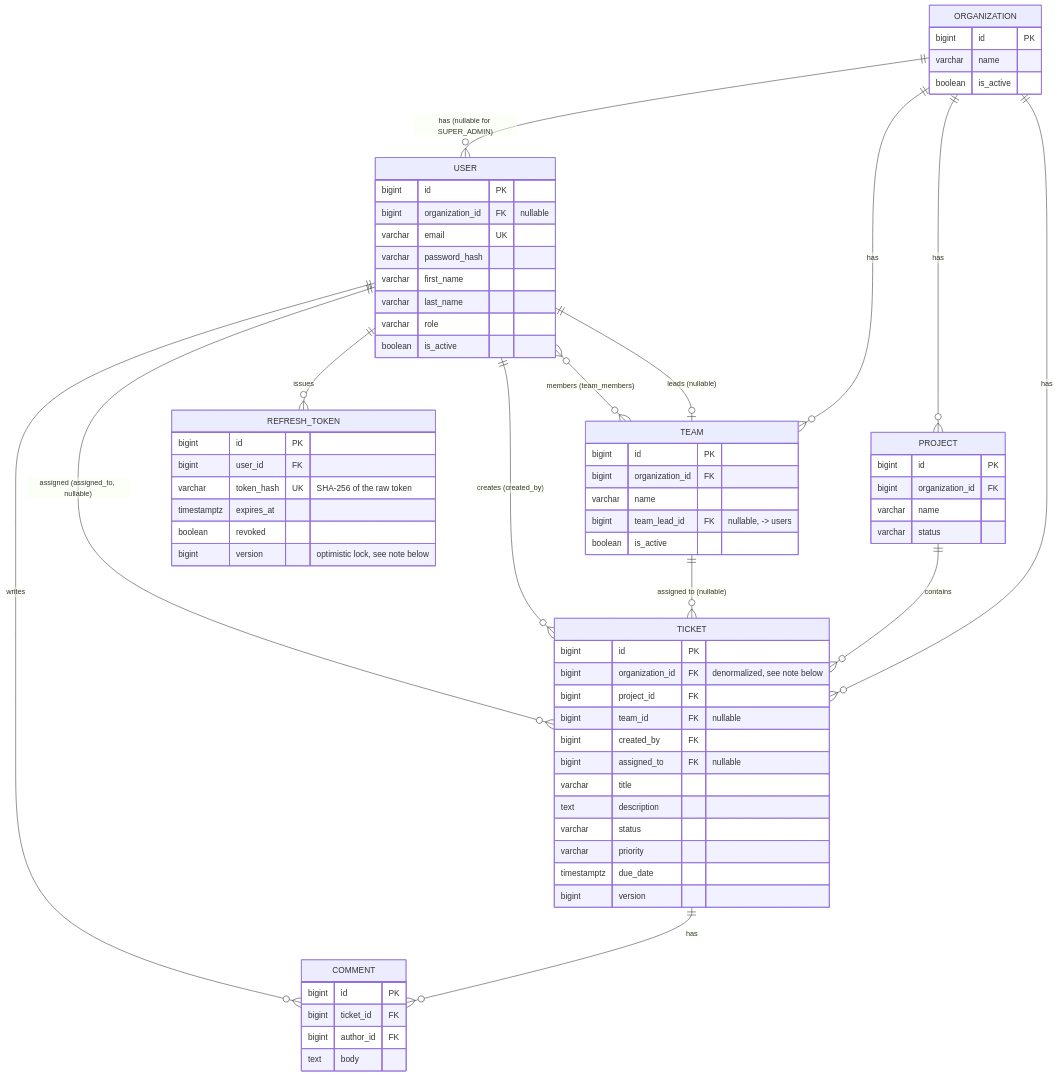
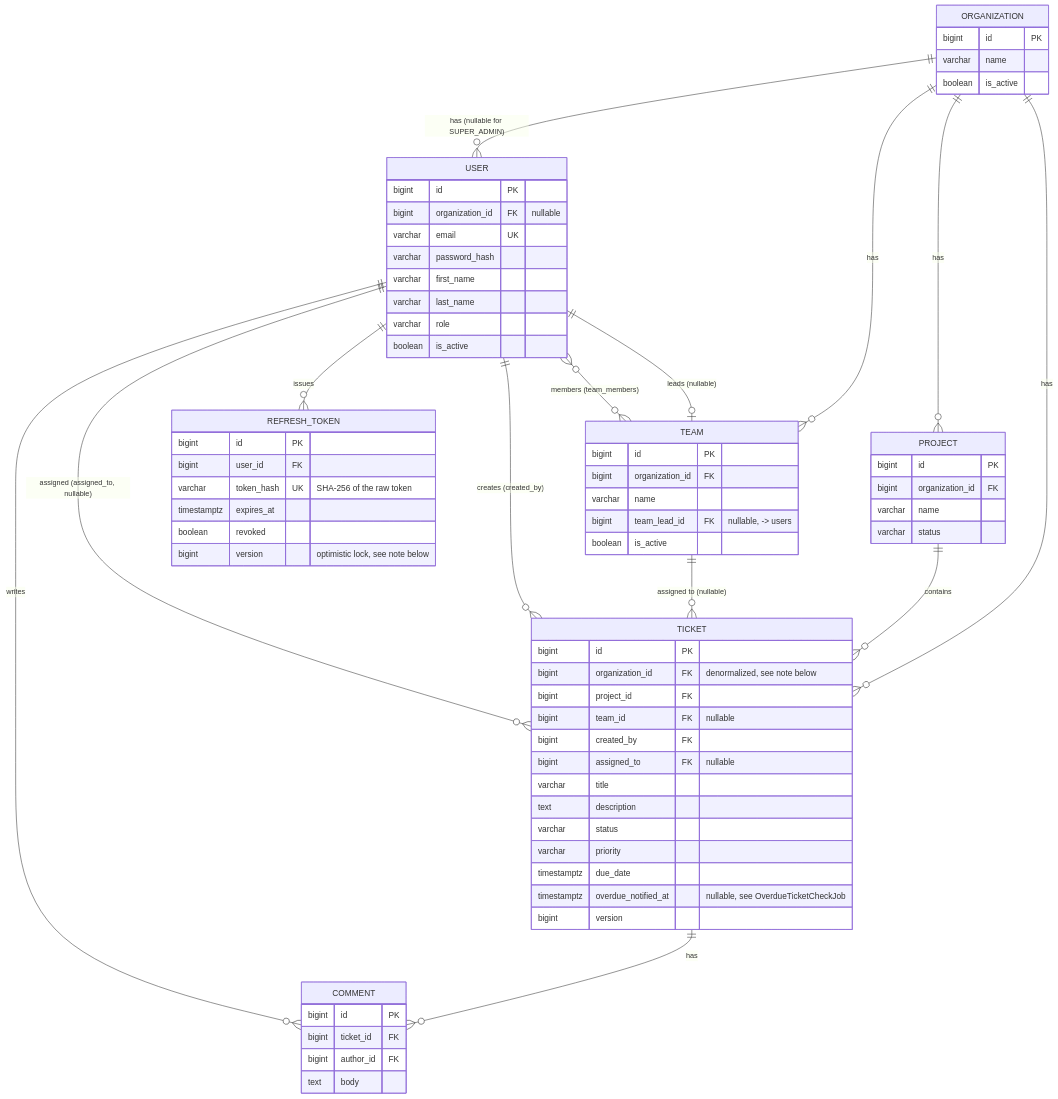
One commit to Sidharth-002/taskFlow changed the fifth of 5 diagrams in README.md. Above: the diagram before and after it, drawn with Mermaid. The commit also changed other lines of this file and 21 other files, not shown here.

````diff
--- a/README.md
+++ b/README.md
@@ -450,73 +450,74 @@
 ```mermaid
 erDiagram
     ORGANIZATION ||--o{ USER : "has (nullable for SUPER_ADMIN)"
     ORGANIZATION ||--o{ TEAM : has
     ORGANIZATION ||--o{ PROJECT : has
     ORGANIZATION ||--o{ TICKET : has
     PROJECT ||--o{ TICKET : contains
     TEAM ||--o{ TICKET : "assigned to (nullable)"
     TEAM }o--o{ USER : "members (team_members)"
     USER ||--o| TEAM : "leads (nullable)"
     USER ||--o{ TICKET : "creates (created_by)"
     USER ||--o{ TICKET : "assigned (assigned_to, nullable)"
 
     ORGANIZATION {
         bigint id PK
         varchar name
         boolean is_active
     }
     USER {
         bigint id PK
         bigint organization_id FK "nullable"
         varchar email UK
         varchar password_hash
         varchar first_name
         varchar last_name
         varchar role
         boolean is_active
     }
     TEAM {
         bigint id PK
         bigint organization_id FK
         varchar name
         bigint team_lead_id FK "nullable, -> users"
         boolean is_active
     }
     PROJECT {
         bigint id PK
         bigint organization_id FK
         varchar name
         varchar status
     }
     TICKET {
         bigint id PK
         bigint organization_id FK "denormalized, see note below"
         bigint project_id FK
         bigint team_id FK "nullable"
         bigint created_by FK
         bigint assigned_to FK "nullable"
         varchar title
         text description
         varchar status
         varchar priority
         timestamptz due_date
+        timestamptz overdue_notified_at "nullable, see OverdueTicketCheckJob"
         bigint version
     }
     USER ||--o{ REFRESH_TOKEN : issues
     REFRESH_TOKEN {
         bigint id PK
         bigint user_id FK
         varchar token_hash UK "SHA-256 of the raw token"
         timestamptz expires_at
         boolean revoked
         bigint version "optimistic lock, see note below"
     }
     TICKET ||--o{ COMMENT : has
     USER ||--o{ COMMENT : writes
     COMMENT {
         bigint id PK
         bigint ticket_id FK
         bigint author_id FK
         text body
     }
 ```
````
